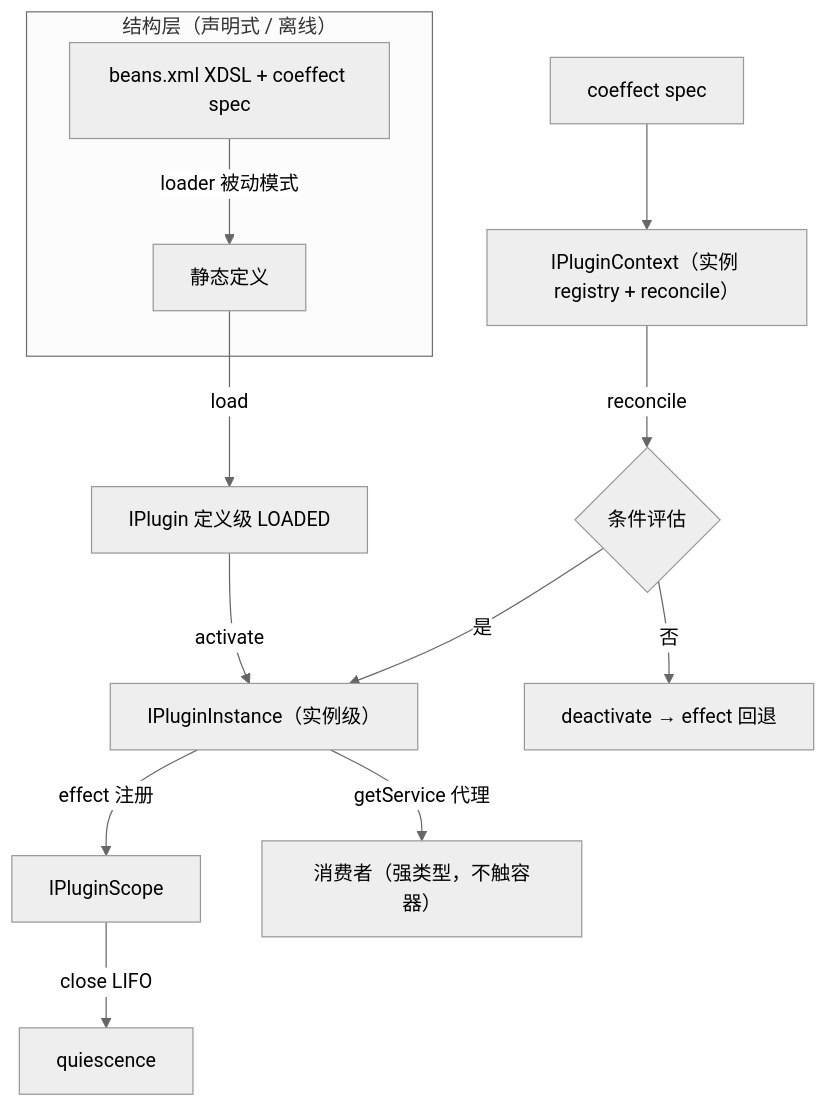
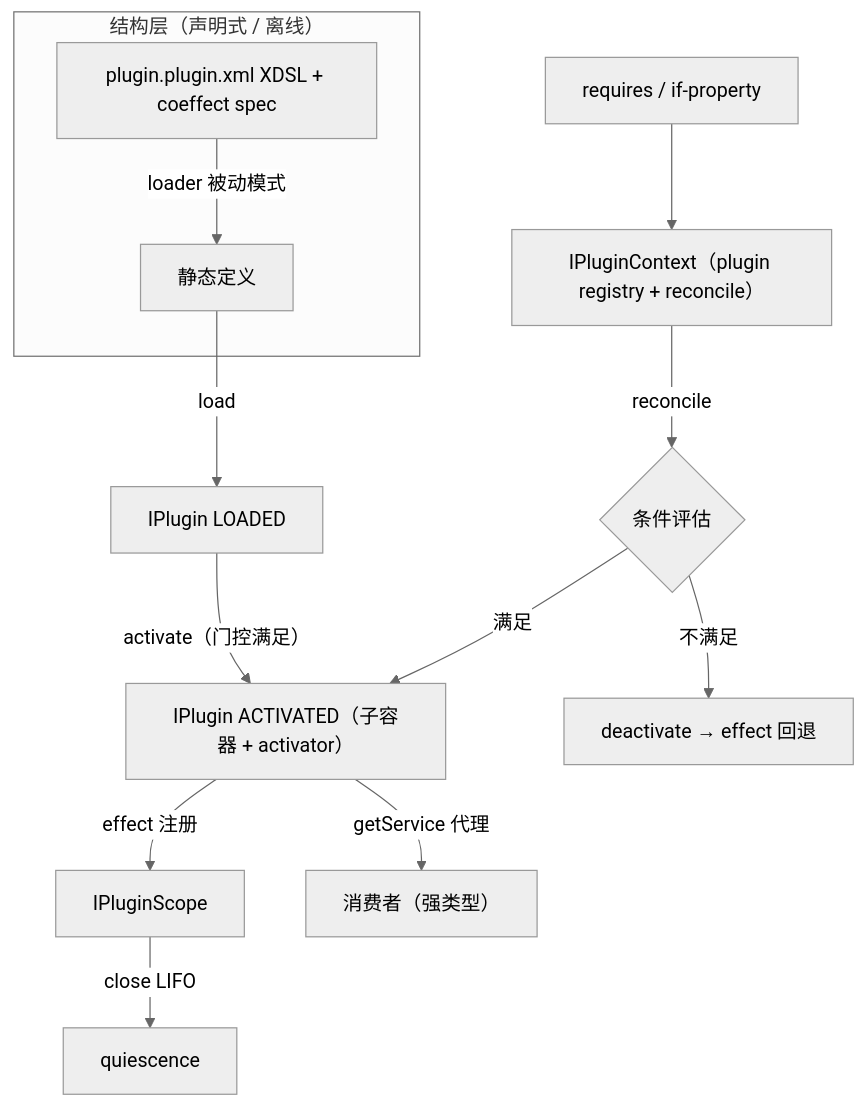
Before and after one commit to entropy-cloud/nop-entropy: the second of 2 diagrams in ai-dev/design/nop-plugin/01-architecture-baseline.md, drawn with Mermaid (neutral theme). The commit also changed other lines of this file and 20 other files, not shown here.

First line of the commit message:
docs(nop-plugin-enhancement): plan-2026-08-22-2309 R1 落档——设计基线/roadmap/日志/CHANGELOG + R2/R3 计划起草

````diff
--- a/ai-dev/design/nop-plugin/01-architecture-baseline.md
+++ b/ai-dev/design/nop-plugin/01-architecture-baseline.md
@@ -364,16 +296,16 @@
 ```mermaid
 flowchart TD
     subgraph 结构层["结构层（声明式 / 离线）"]
-        BS[beans.xml XDSL + coeffect spec] -->|loader 被动模式| DEF[静态定义]
+        BS[plugin.plugin.xml XDSL + coeffect spec] -->|loader 被动模式| DEF[静态定义]
     end
-    DEF -->|load| PLUGIN["IPlugin 定义级 LOADED"]
-    CTX["IPluginContext（实例 registry + reconcile）"]
-    PLUGIN -->|activate| INST["IPluginInstance（实例级）"]
-    INST -->|effect 注册| SCOPE["IPluginScope"]
+    DEF -->|load| PLUGIN["IPlugin LOADED"]
+    CTX["IPluginContext（plugin registry + reconcile）"]
+    PLUGIN -->|"activate（门控满足）"| ACT["IPlugin ACTIVATED（子容器 + activator）"]
+    ACT -->|effect 注册| SCOPE["IPluginScope"]
     SCOPE -->|close LIFO| QUIESCE[quiescence]
-    CO[coeffect spec] --> CTX
-    CTX -->|reconcile| ACT{条件评估}
-    ACT -->|是| INST
-    ACT -->|否| DEACT[deactivate → effect 回退]
-    INST -->|getService 代理| USR[消费者（强类型，不触容器）]
+    CO[requires / if-property] --> CTX
+    CTX -->|reconcile| GATE{条件评估}
+    GATE -->|满足| ACT
+    GATE -->|不满足| DEACT[deactivate → effect 回退]
+    ACT -->|getService 代理| USR[消费者（强类型）]
 ```
````
